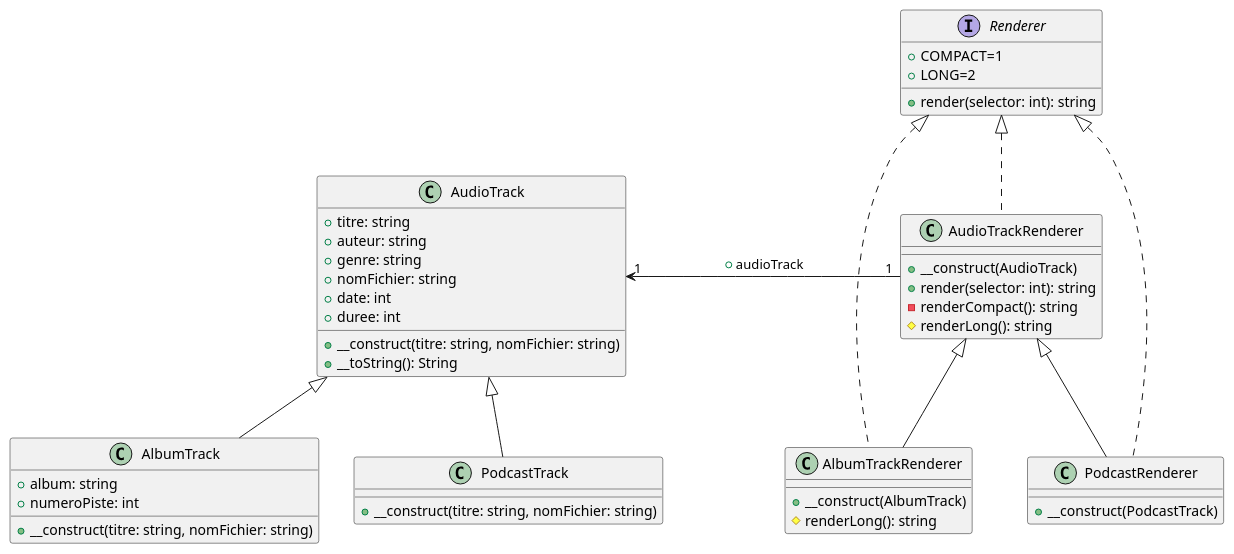
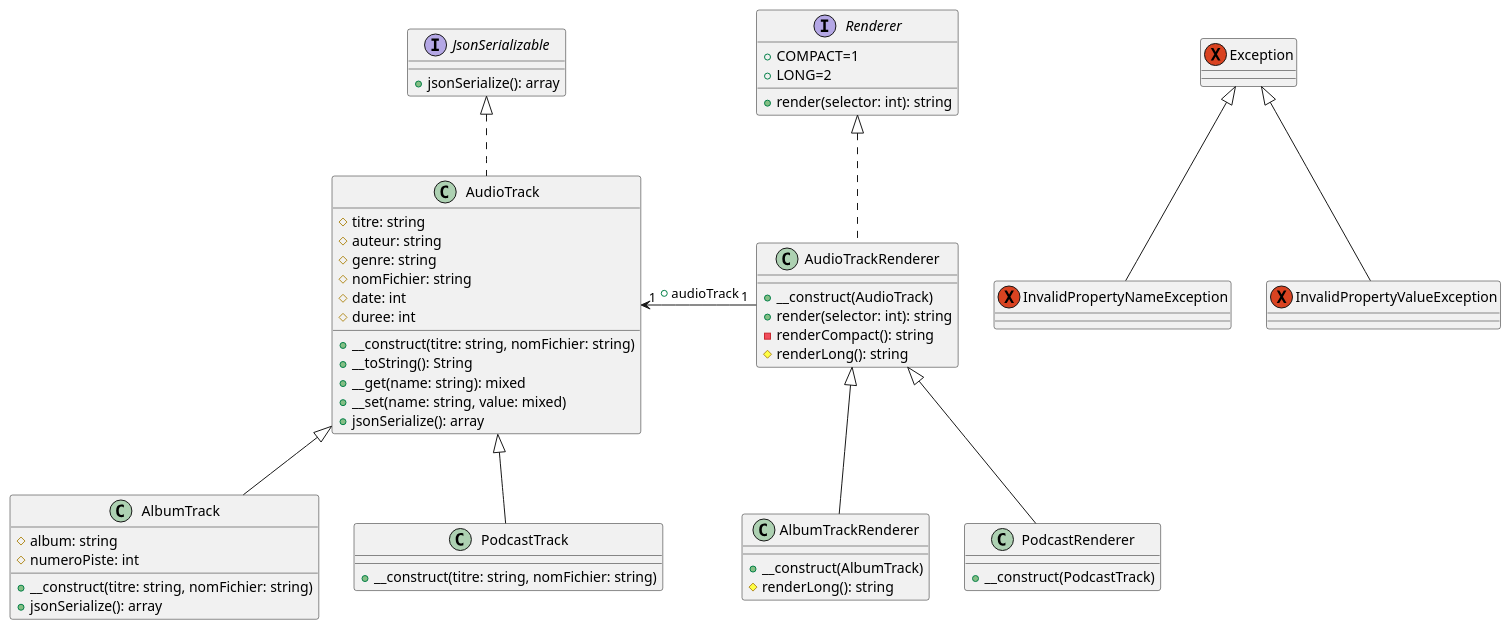
One commit to Packingdustry/deefiy_php changed the diagram in diagClass.puml. Above: the diagram before and after it, drawn with PlantUML. The commit also changed 8 other files, not shown here.

```diff
--- a/diagClass.puml
+++ b/diagClass.puml
@@ -1,46 +1,58 @@
 @startuml
 class AlbumTrack extends AudioTrack {
-  +album: string
-  +numeroPiste: int
+  #album: string
+  #numeroPiste: int
   +__construct(titre: string, nomFichier: string)
+  +jsonSerialize(): array
 }
 
 class PodcastTrack extends AudioTrack {
   +__construct(titre: string, nomFichier: string)
 }
 
-class AudioTrack {
-  +titre: string
-  +auteur: string
-  +genre: string
-  +nomFichier: string
-  +date: int
-  +duree: int
+interface JsonSerializable {
+    +jsonSerialize(): array
+}
+
+class AudioTrack implements JsonSerializable {
+  #titre: string
+  #auteur: string
+  #genre: string
+  #nomFichier: string
+  #date: int
+  #duree: int
   +__construct(titre: string, nomFichier: string)
   +__toString(): String
+  +__get(name: string): mixed
+  +__set(name: string, value: mixed)
+  +jsonSerialize(): array
 }
 
 interface Renderer {
   +COMPACT=1
   +LONG=2
   +render(selector: int): string
 }
 
 class AudioTrackRenderer implements Renderer {
   +__construct(AudioTrack)
   +render(selector: int): string
   -renderCompact(): string
   #renderLong(): string
 }
 
-class AlbumTrackRenderer extends AudioTrackRenderer implements Renderer {
+class AlbumTrackRenderer extends AudioTrackRenderer {
   +__construct(AlbumTrack)
   #renderLong(): string
 }
 
-class PodcastRenderer extends AudioTrackRenderer implements Renderer {
+class PodcastRenderer extends AudioTrackRenderer {
   +__construct(PodcastTrack)
 }
 
+exception Exception
+exception InvalidPropertyNameException extends Exception
+exception InvalidPropertyValueException extends Exception
+
 AudioTrackRenderer "1"-left-> "1" AudioTrack: "+audioTrack"
 @enduml
```
